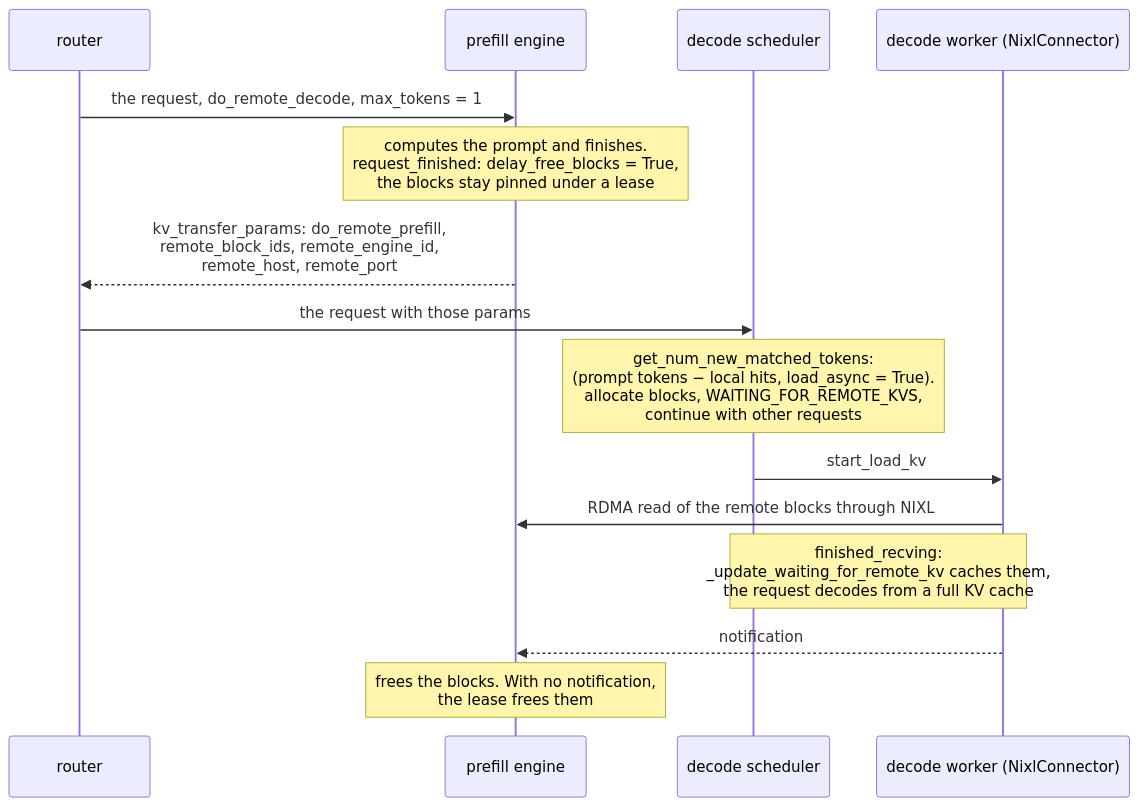
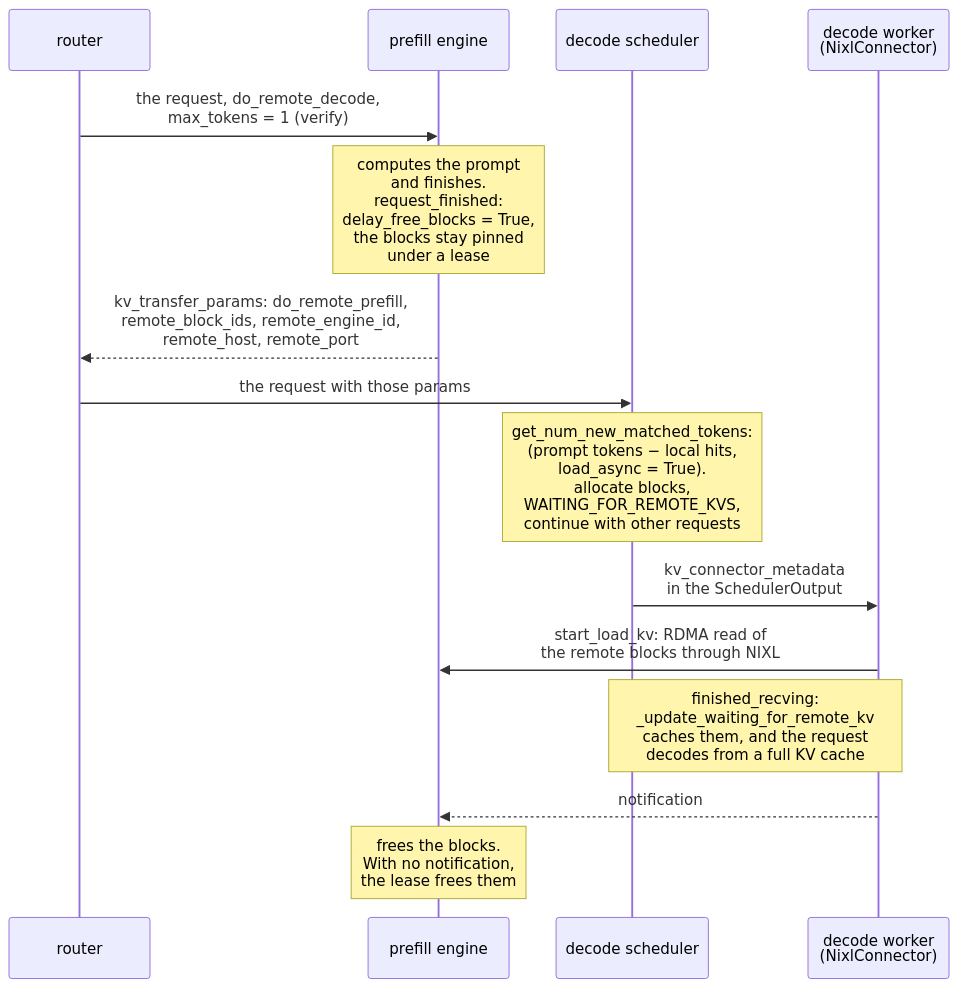
One commit to aniryou/full-stack-agentic-engineer changed the third of 3 diagrams in 04-inference-engine/vllm-internals/vllm-internals-primer.md. Above: the diagram before and after it, drawn with Mermaid. The commit also changed other lines of this file and 51 other files, not shown here.

````diff
--- a/04-inference-engine/vllm-internals/vllm-internals-primer.md
+++ b/04-inference-engine/vllm-internals/vllm-internals-primer.md
@@ -1583,17 +1586,17 @@
 ```mermaid
 sequenceDiagram
     participant R as router
     participant P as prefill engine
     participant S as decode scheduler
-    participant W as decode worker (NixlConnector)
-    R->>P: the request, do_remote_decode, max_tokens = 1
-    Note over P: computes the prompt and finishes.<br/>request_finished: delay_free_blocks = True,<br/>the blocks stay pinned under a lease
+    participant W as decode worker<br/>(NixlConnector)
+    R->>P: the request, do_remote_decode,<br/>max_tokens = 1 (verify)
+    Note over P: computes the prompt<br/>and finishes.<br/>request_finished:<br/>delay_free_blocks = True,<br/>the blocks stay pinned<br/>under a lease
     P-->>R: kv_transfer_params: do_remote_prefill,<br/>remote_block_ids, remote_engine_id,<br/>remote_host, remote_port
     R->>S: the request with those params
-    Note over S: get_num_new_matched_tokens:<br/>(prompt tokens − local hits, load_async = True).<br/>allocate blocks, WAITING_FOR_REMOTE_KVS,<br/>continue with other requests
-    S->>W: start_load_kv
-    W->>P: RDMA read of the remote blocks through NIXL
-    Note over S,W: finished_recving:<br/>_update_waiting_for_remote_kv caches them,<br/>the request decodes from a full KV cache
+    Note over S: get_num_new_matched_tokens:<br/>(prompt tokens − local hits,<br/>load_async = True).<br/>allocate blocks,<br/>WAITING_FOR_REMOTE_KVS,<br/>continue with other requests
+    S->>W: kv_connector_metadata<br/>in the SchedulerOutput
+    W->>P: start_load_kv: RDMA read of<br/>the remote blocks through NIXL
+    Note over S,W: finished_recving:<br/>_update_waiting_for_remote_kv<br/>caches them, and the request<br/>decodes from a full KV cache
     W-->>P: notification
-    Note over P: frees the blocks. With no notification,<br/>the lease frees them
+    Note over P: frees the blocks.<br/>With no notification,<br/>the lease frees them
 ```
````
